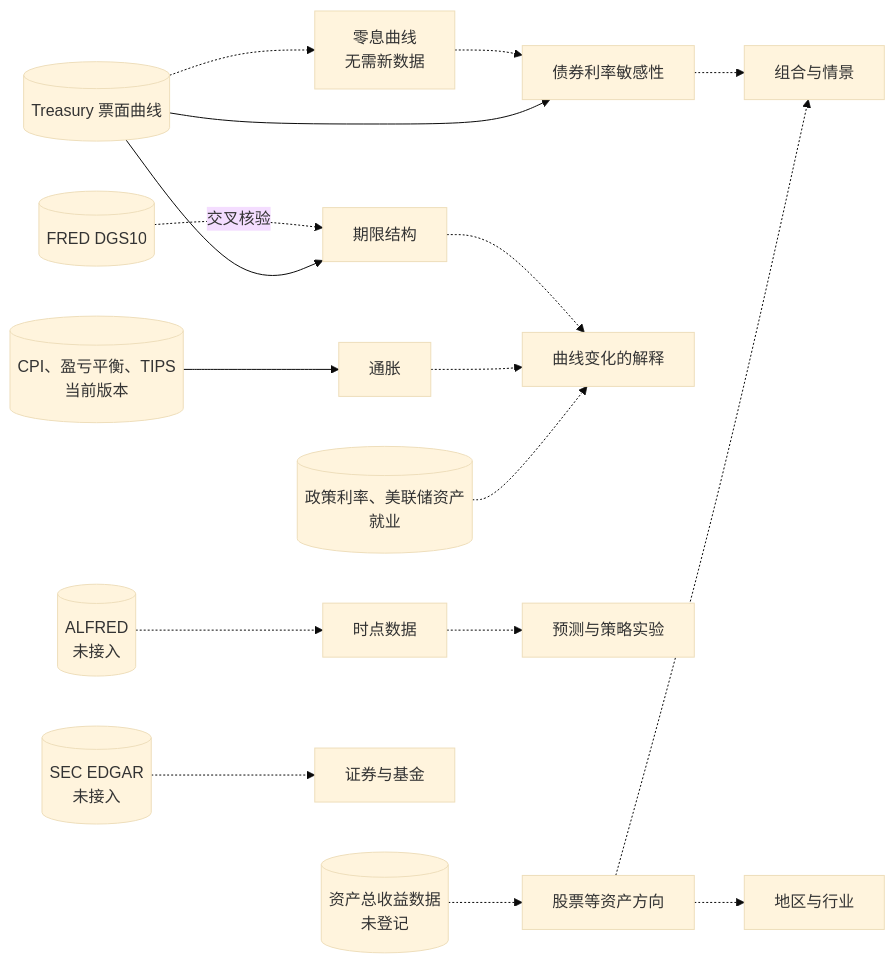
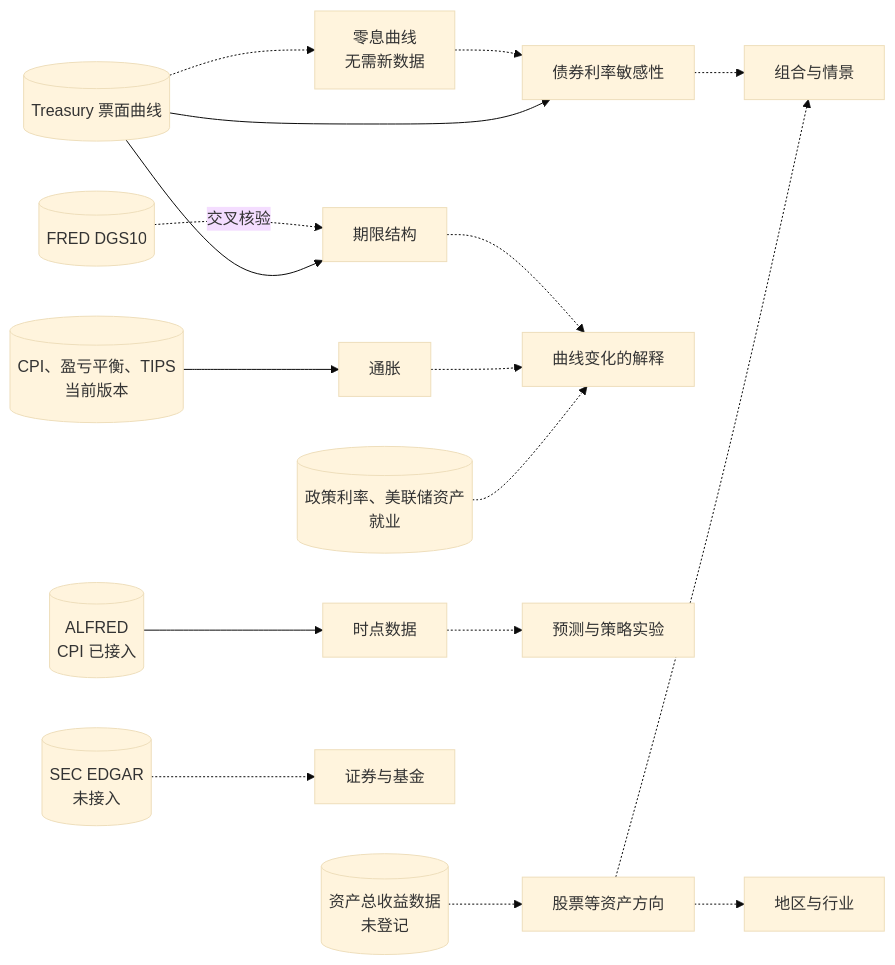
The diagram in docs/research-map.md (werneryang/investment-research-os), drawn with Mermaid (base theme) before and after one commit. The commit also changed other lines of this file and 8 other files, not shown here.

````diff
--- a/docs/research-map.md
+++ b/docs/research-map.md
@@ -85,19 +85,19 @@
 ```mermaid
 flowchart LR
   UST[(Treasury 票面曲线)] --> TS[期限结构]
   UST --> BR[债券利率敏感性]
   DGS10[(FRED DGS10)] -. 交叉核验 .-> TS
   CPI[(CPI、盈亏平衡、TIPS<br/>当前版本)] --> INF[通胀]
   POL[(政策利率、美联储资产<br/>就业)] -.-> EXP
   UST -.-> ZC[零息曲线<br/>无需新数据]
   ZC -.-> BR
   INF -.-> EXP[曲线变化的解释]
   TS -.-> EXP
-  ALF[(ALFRED<br/>未接入)] -.-> PIT[时点数据]
+  ALF[(ALFRED<br/>CPI 已接入)] --> PIT[时点数据]
   PIT -.-> FC[预测与策略实验]
   TR[(资产总收益数据<br/>未登记)] -.-> EQ[股票等资产方向]
   EQ -.-> PF[组合与情景]
   BR -.-> PF
   EQ -.-> IND[地区与行业]
   EDGAR[(SEC EDGAR<br/>未接入)] -.-> SEC[证券与基金]
 ```
````
